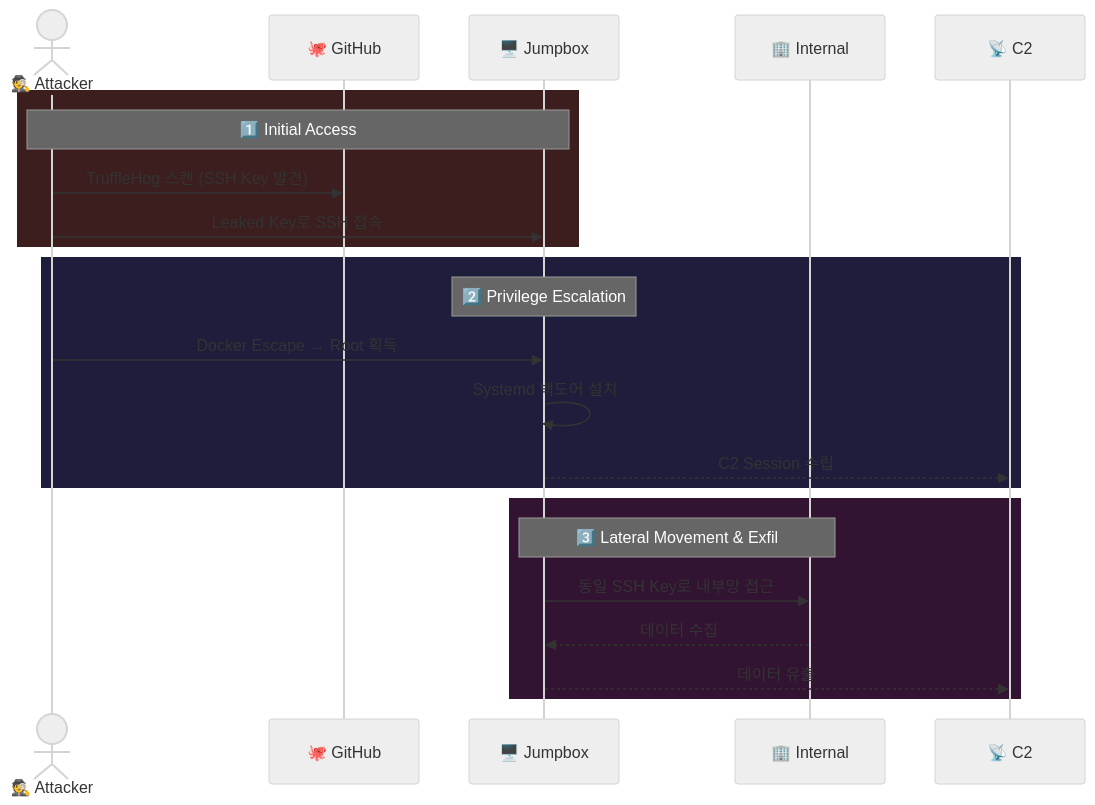
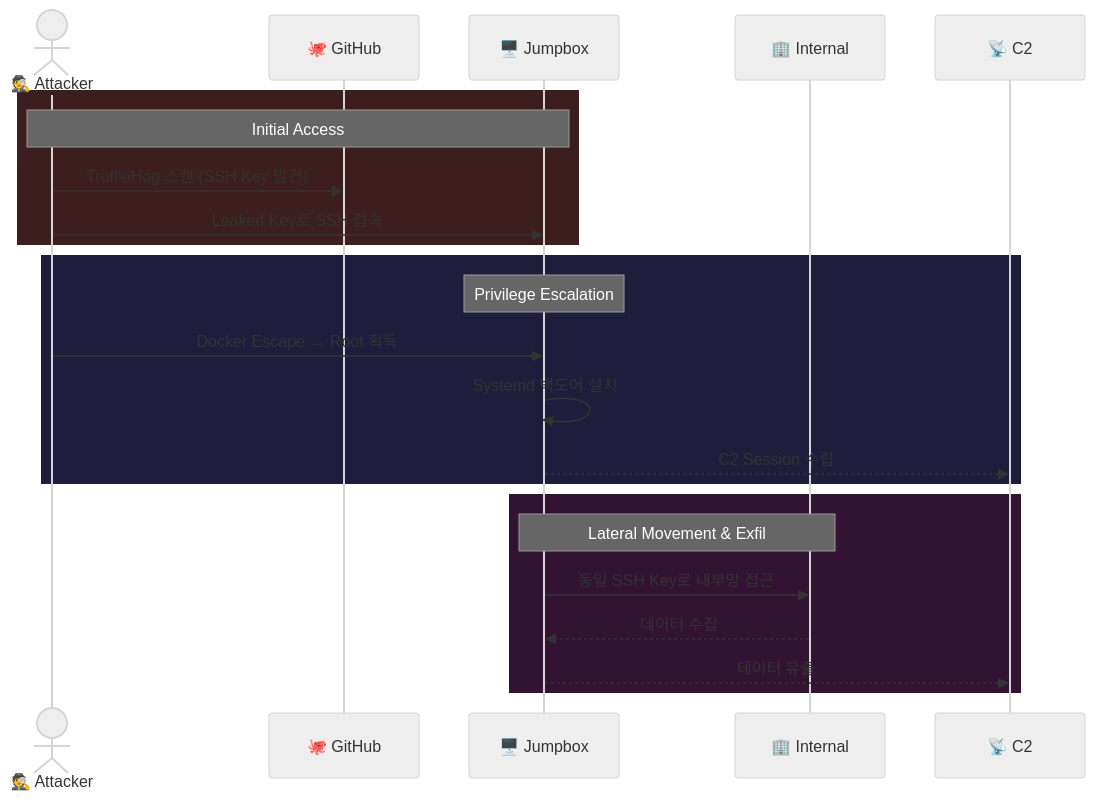
One commit to HamaPr/HamaPr.github.io changed the second of 2 diagrams in _posts/cyberkillchain/2025-12-29-CKC-Credential-Abuse.md. Above: the diagram before and after it, drawn with Mermaid (neutral theme). The commit also changed 2 other files, not shown here.

````diff
--- a/_posts/cyberkillchain/2025-12-29-CKC-Credential-Abuse.md
+++ b/_posts/cyberkillchain/2025-12-29-CKC-Credential-Abuse.md
@@ -98,28 +98,28 @@
 ```mermaid
 sequenceDiagram
     actor A as 🕵️ Attacker
     participant G as 🐙 GitHub
     participant J as 🖥️ Jumpbox
     participant I as 🏢 Internal
     participant C as 📡 C2
 
     rect rgb(60, 30, 30)
-        Note over A,J: 1️⃣ Initial Access
+        Note over A,J: Initial Access
         A->>G: TruffleHog 스캔 (SSH Key 발견)
         A->>J: Leaked Key로 SSH 접속
     end
 
     rect rgb(30, 30, 60)
-        Note over J: 2️⃣ Privilege Escalation
+        Note over J: Privilege Escalation
         A->>J: Docker Escape → Root 획득
         J->>J: Systemd 백도어 설치
         J-->>C: C2 Session 수립
     end
 
     rect rgb(50, 20, 50)
-        Note over J,I: 3️⃣ Lateral Movement & Exfil
+        Note over J,I: Lateral Movement & Exfil
         J->>I: 동일 SSH Key로 내부망 접근
         I-->>J: 데이터 수집
         J-->>C: 데이터 유출
     end
 ```
````
